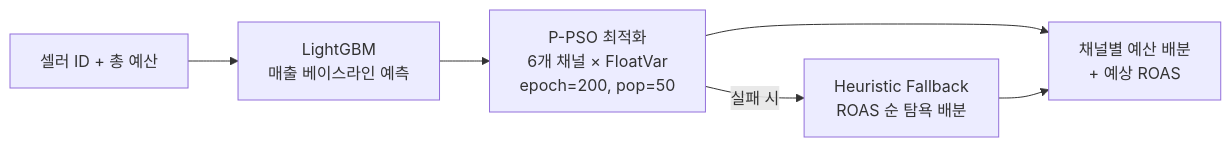
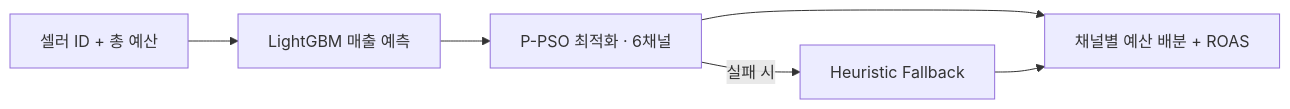
Before and after one commit to ASNGG/cafe24-demo: the eighth of 14 diagrams in portfolio/PORTFOLIO.md, drawn with Mermaid. The commit also changed other lines of this file, not shown here.

First line of the commit message:
docs: PORTFOLIO.md 스타일 개선 및 Mermaid 다이어그램 최적화

````diff
--- a/portfolio/PORTFOLIO.md
+++ b/portfolio/PORTFOLIO.md
@@ -398,8 +457,8 @@
 ```mermaid
 flowchart LR
-    A["셀러 ID + 총 예산"] --> B["LightGBM<br/>매출 베이스라인 예측"]
-    B --> C["P-PSO 최적화<br/>6개 채널 × FloatVar<br/>epoch=200, pop=50"]
-    C --> D["채널별 예산 배분<br/>+ 예상 ROAS"]
-    C -->|"실패 시"| F["Heuristic Fallback<br/>ROAS 순 탐욕 배분"]
+    A["셀러 ID + 총 예산"] --> B["LightGBM 매출 예측"]
+    B --> C["P-PSO 최적화 · 6채널"]
+    C --> D["채널별 예산 배분 + ROAS"]
+    C -->|"실패 시"| F["Heuristic Fallback"]
     F --> D
 ```
````
